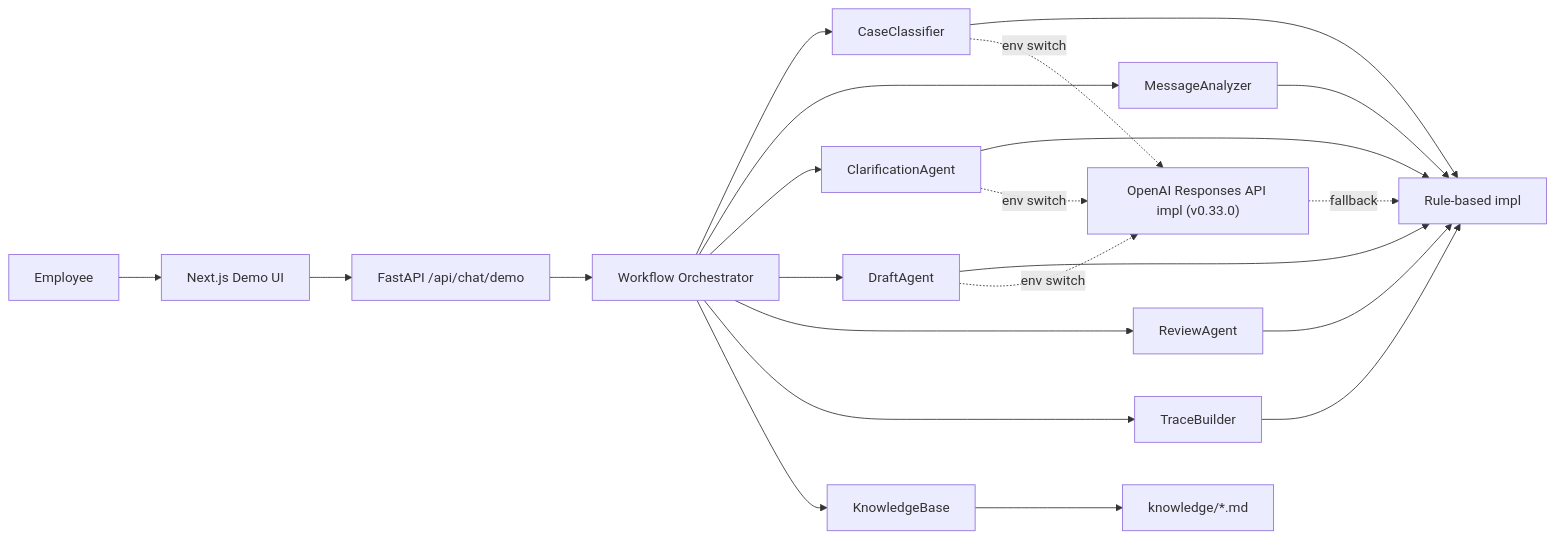
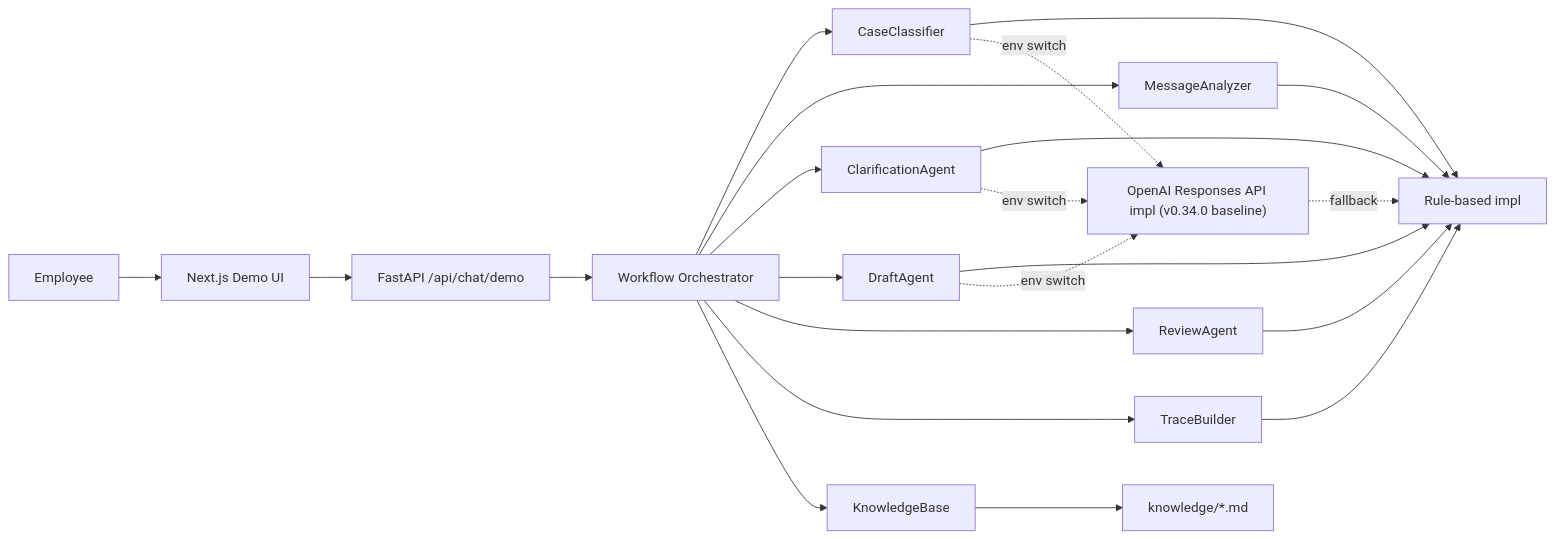
One commit to noki8188/shinsei-agent-navigator changed the diagram in README.md. Above: the diagram before and after it, drawn with Mermaid. The commit also changed other lines of this file and 11 other files, not shown here.

````diff
--- a/README.md
+++ b/README.md
@@ -57,24 +57,24 @@
 ```mermaid
 flowchart LR
     U["Employee"] --> F["Next.js Demo UI"]
     F --> API["FastAPI /api/chat/demo"]
     API --> ORCH["Workflow Orchestrator"]
     ORCH --> CC["CaseClassifier"]
     ORCH --> MA["MessageAnalyzer"]
     ORCH --> CA["ClarificationAgent"]
     ORCH --> DA["DraftAgent"]
     ORCH --> RA["ReviewAgent"]
     ORCH --> TB["TraceBuilder"]
     CC --> RB["Rule-based impl"]
     MA --> RB
     CA --> RB
     DA --> RB
     RA --> RB
     TB --> RB
-    CC -. env switch .-> LLM["OpenAI Responses API impl (v0.33.0)"]
+    CC -. env switch .-> LLM["OpenAI Responses API impl (v0.34.0 baseline)"]
     CA -. env switch .-> LLM
     DA -. env switch .-> LLM
     LLM -. fallback .-> RB
     ORCH --> KB["KnowledgeBase"]
     KB --> K["knowledge/*.md"]
 ```
````
